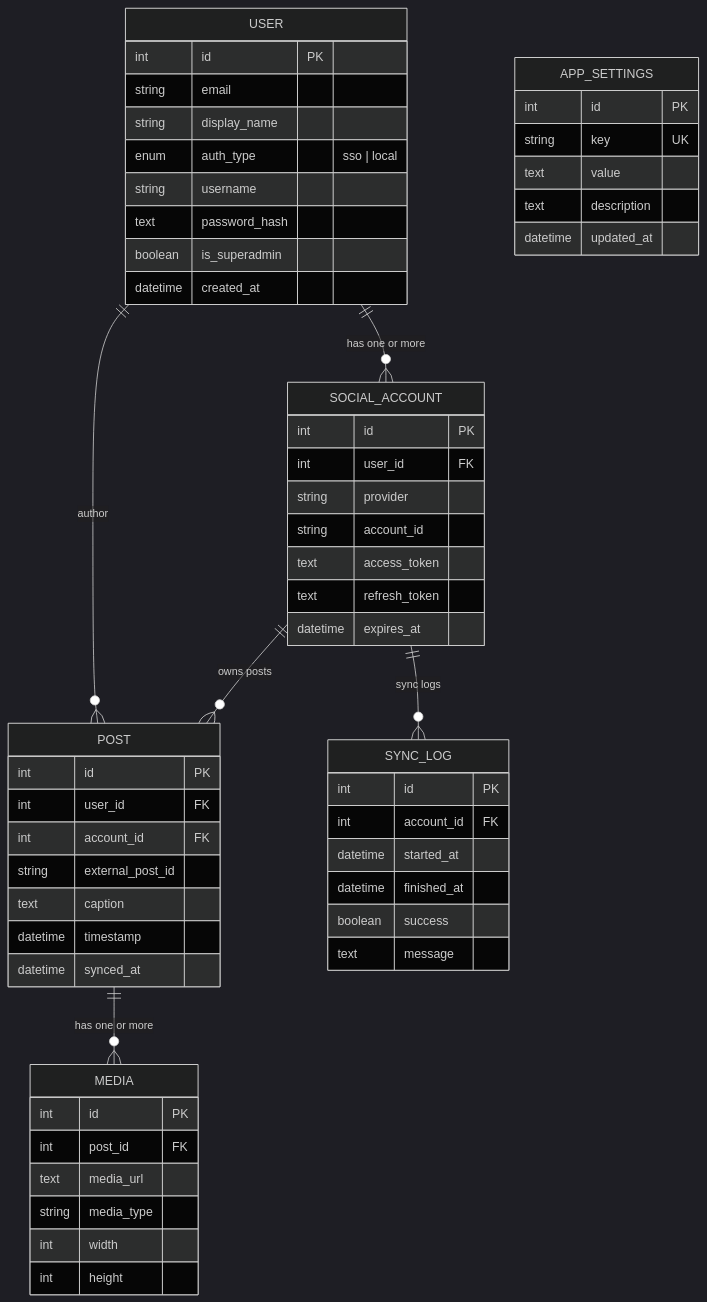
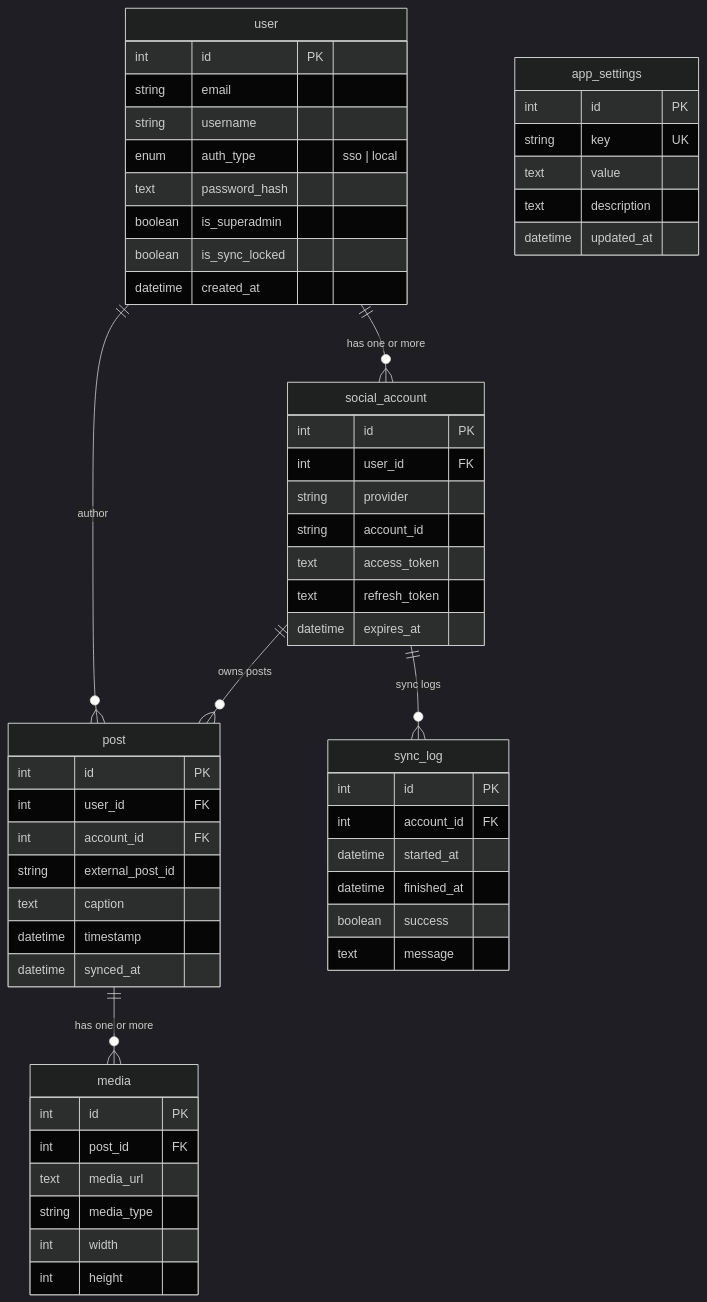
The eighth of 8 diagrams in SPEC.md (azwan082/photo-calendar), drawn with Mermaid (dark theme) before and after one commit. The commit also changed other lines of this file and 1 other file, not shown here.

````diff
--- a/SPEC.md
+++ b/SPEC.md
@@ -124,66 +124,66 @@
 ```mermaid
 erDiagram
-    USER {
+    user {
         int id PK
         string email
-        string display_name
-        enum auth_type  "sso | local"
         string username
+        enum auth_type  "sso | local"        
         text password_hash
         boolean is_superadmin
+        boolean is_sync_locked
         datetime created_at
     }
 
-    SOCIAL_ACCOUNT {
+    social_account {
         int id PK
         int user_id FK
         string provider
         string account_id
         text access_token
         text refresh_token
         datetime expires_at
     }
 
-    POST {
+    post {
         int id PK
         int user_id FK
         int account_id FK
         string external_post_id
         text caption
         datetime timestamp
         datetime synced_at
     }
 
-    MEDIA {
+    media {
         int id PK
         int post_id FK
         text media_url
         string media_type
         int width
         int height
     }
 
-    SYNC_LOG {
+    sync_log {
         int id PK
         int account_id FK
         datetime started_at
         datetime finished_at
         boolean success
         text message
     }
 
-    APP_SETTINGS {
+    app_settings {
         int id PK
         string key UK
         text value 
         text description
         datetime updated_at
     }
 
     %% Relationships
-    USER ||--o{ SOCIAL_ACCOUNT : "has one or more"
-    SOCIAL_ACCOUNT ||--o{ POST : "owns posts"
-    POST ||--o{ MEDIA : "has one or more"
-    SOCIAL_ACCOUNT ||--o{ SYNC_LOG : "sync logs"
-    USER ||--o{ POST : "author"
+    user ||--o{ social_account : "has one or more"
+    social_account ||--o{ post : "owns posts"
+    post ||--o{ media : "has one or more"
+    social_account ||--o{ sync_log : "sync logs"
+    user ||--o{ post : "author"
 ```
````
